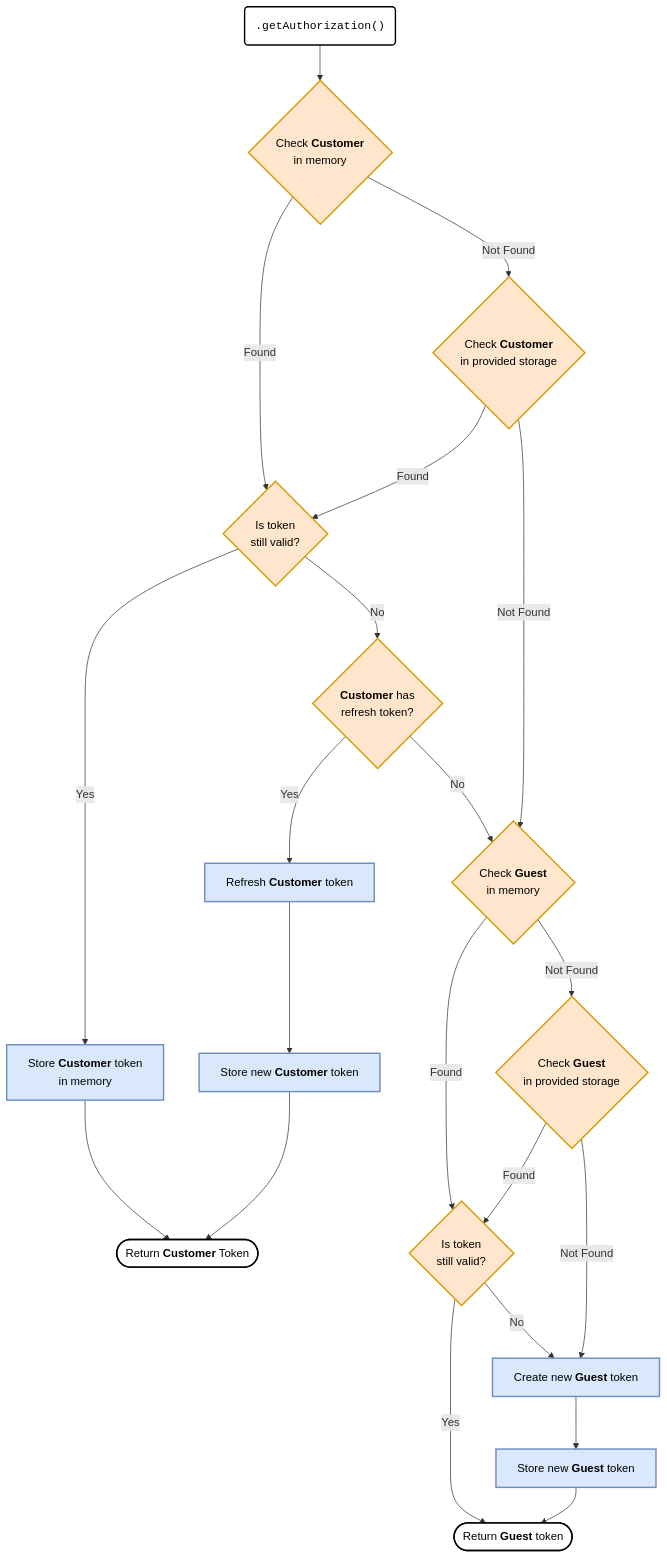
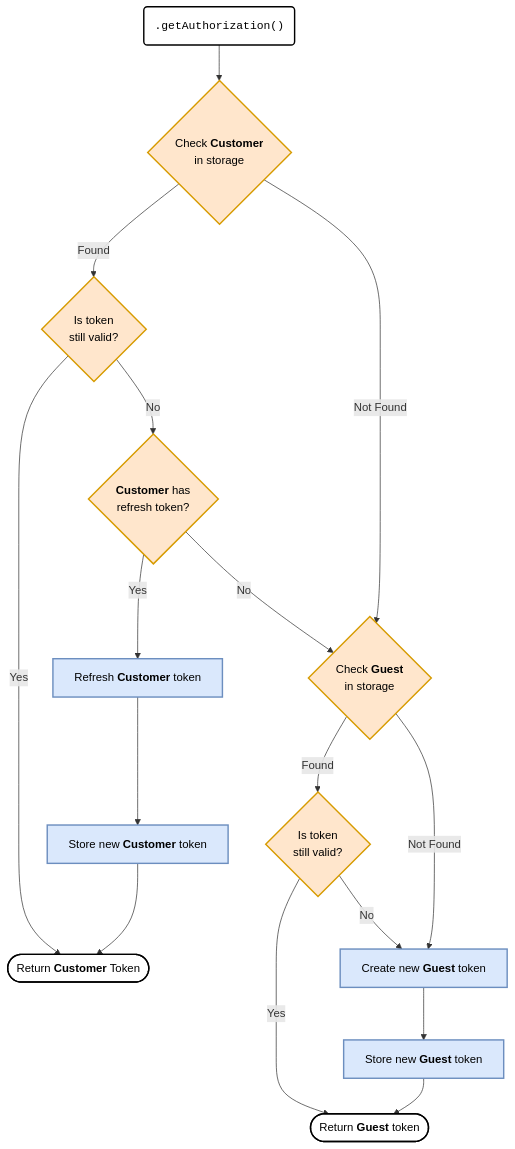
One commit to commercelayer/commercelayer-js-auth changed the second of 2 diagrams in packages/js-auth/README.md. Above: the diagram before and after it, drawn with Mermaid. The commit also changed other lines of this file and 8 other files, not shown here.

Commit message:
feat: remove built-in memory storage and implement a composite storage

````diff
--- a/packages/js-auth/README.md
+++ b/packages/js-auth/README.md
@@ -146,50 +177,44 @@
 ```mermaid
 flowchart TB
   %% Default style for nodes
   classDef node stroke-width:2px,color:#000;
 
-  GetAuthorization(".getAuthorization()") --> CheckCustomerMemory{"Check <b>Customer</b><br/>in memory"}
-  %% Start(["Start"]) --> CheckCustomerMemory{"Check <b>Customer</b><br/>in memory"}
+  GetAuthorization(".getAuthorization()") --> CheckCustomerStorage{"Check <b>Customer</b><br/>in storage"}
 
-  CheckCustomerMemory -->|Found| ValidateCustomerToken{"Is token<br/>still valid?"}
-  CheckCustomerMemory -->|Not Found| CheckCustomerStorage{"Check <b>Customer</b><br/>in provided storage"}
+  CheckCustomerStorage -->|Found| ValidateCustomerToken{"Is token<br/>still valid?"}
+  CheckCustomerStorage -->|Not Found| CheckGuestStorage{"Check <b>Guest</b><br/>in storage"}
 
-  ValidateCustomerToken -->|Yes| StoreCustomerTokenInMemory["Store <b>Customer</b> token<br/>in memory"]
+  ValidateCustomerToken -->|Yes| ReturnCustomerToken(["Return <b>Customer</b> Token"])
   ValidateCustomerToken -->|No| HasRefreshToken{"<b>Customer</b> has<br/>refresh token?"}
 
-  StoreCustomerTokenInMemory --> ReturnCustomerToken(["Return <b>Customer</b> Token"])
-
-  CheckCustomerStorage -->|Found| ValidateCustomerToken
-  CheckCustomerStorage -->|Not Found| CheckGuestMemory{"Check <b>Guest</b><br/>in memory"}
-
   HasRefreshToken -->|Yes| RefreshToken["Refresh <b>Customer</b> token"]
-  HasRefreshToken -->|No| CheckGuestMemory
+  HasRefreshToken -->|No| CheckGuestStorage
 
   RefreshToken --> StoreNewToken["Store new <b>Customer</b> token"]
   StoreNewToken --> ReturnCustomerToken
 
-  CheckGuestMemory -->|Found| ValidateGuestToken{"Is token<br/>still valid?"}
-  CheckGuestMemory -->|Not Found| CheckGuestStorage{"Check <b>Guest</b><br/>in provided storage"}
+  %% CheckGuestMemory -->|Found| ValidateGuestToken{"Is token<br/>still valid?"}
+  %% CheckGuestMemory -->|Not Found| CheckGuestStorage{"Check <b>Guest</b><br/>in storage"}
 
   ValidateGuestToken -->|Yes| ReturnGuestToken(["Return <b>Guest</b> token"])
   ValidateGuestToken -->|No| CreateNewGuest["Create new <b>Guest</b> token"]
 
-  CheckGuestStorage -->|Found| ValidateGuestToken
+  CheckGuestStorage -->|Found| ValidateGuestToken{"Is token<br/>still valid?"}
   CheckGuestStorage -->|Not Found| CreateNewGuest
 
   CreateNewGuest --> StoreNewGuestToken["Store new <b>Guest</b> token"]
   StoreNewGuestToken --> ReturnGuestToken
 
   classDef process fill:#DAE8FC,stroke:#6C8EBF
   classDef condition fill:#FFE6CC,stroke:#D79B00
   classDef code fill:#FFF,stroke:#000,font-family:monospace
   classDef startState fill:#FFF,stroke:#000
   classDef endState fill:#FFF,stroke:#000
 
   class GetAuthorization code;
   class Start startState;
   class CheckCustomerMemory,CheckCustomerStorage,CheckGuestMemory,CheckGuestStorage condition;
   class ValidateCustomerToken,ValidateGuestToken,HasRefreshToken condition;
   class RefreshToken,StoreCustomerTokenInMemory,CreateNewGuest,StoreNewToken,StoreNewGuestToken process;
   class ReturnCustomerToken,ReturnGuestToken endState;
 ```
````
